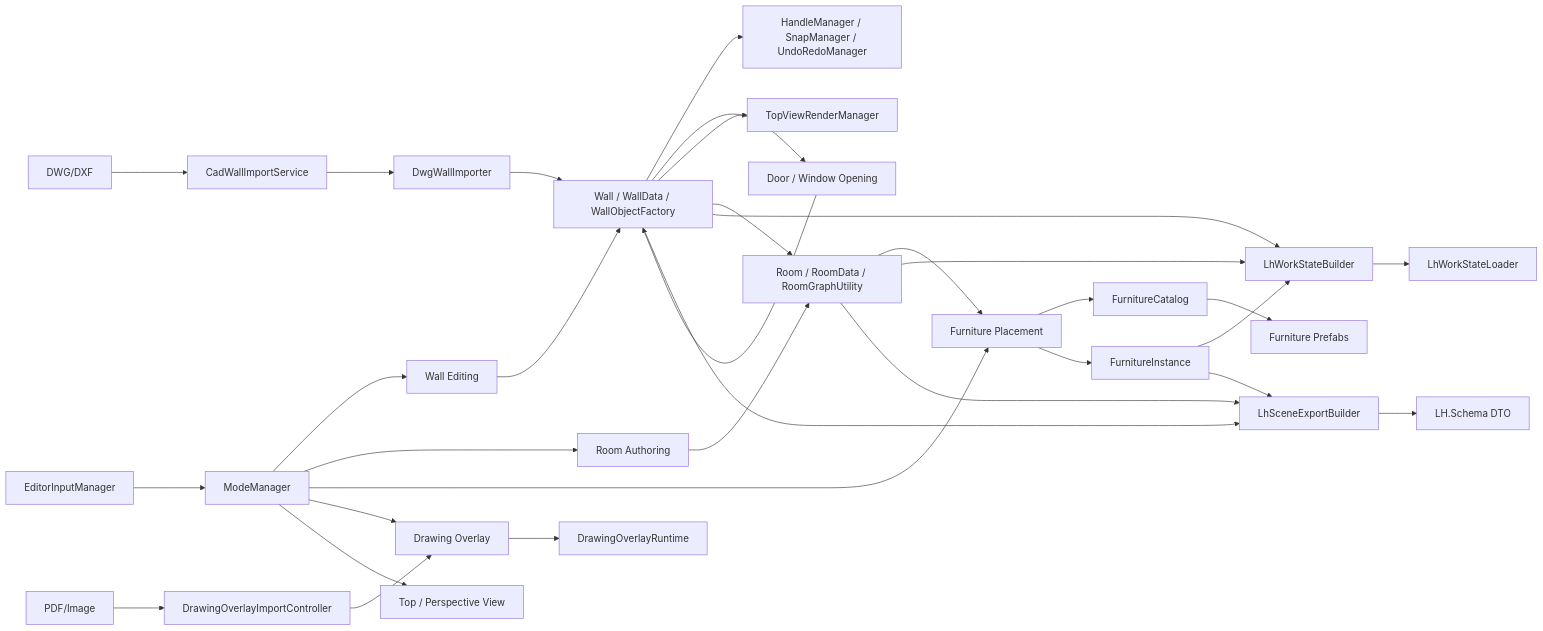
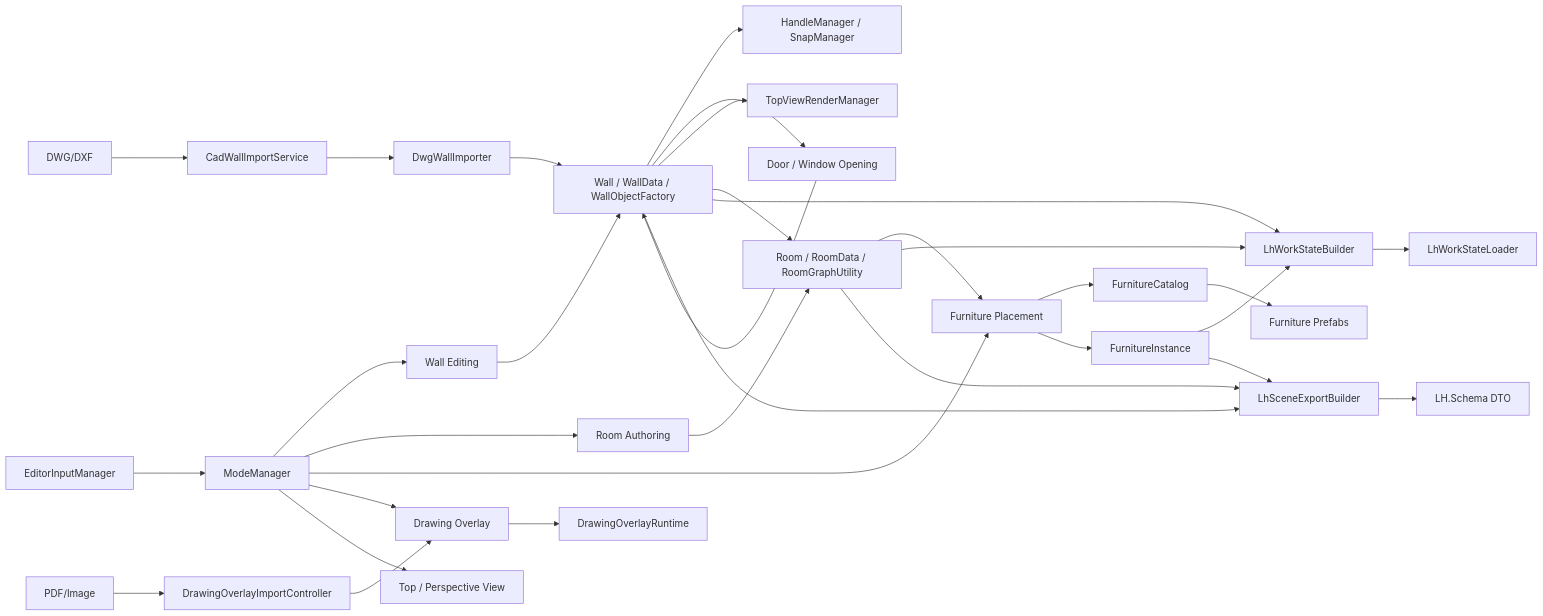
One commit to ImperetilliDeus/LH-Editor-Refactoring changed the second of 2 diagrams in docs/architecture.md. Above: the diagram before and after it, drawn with Mermaid. The commit also changed other lines of this file and 62 other files, not shown here.

First line of the commit message:
Remove dead Undo/Redo plumbing

````diff
--- a/docs/architecture.md
+++ b/docs/architecture.md
@@ -46,41 +46,41 @@
 ```mermaid
 flowchart LR
     Input["EditorInputManager"] --> Mode["ModeManager"]
     Mode --> WallEdit["Wall Editing"]
     Mode --> RoomEdit["Room Authoring"]
     Mode --> FurnitureEdit["Furniture Placement"]
     Mode --> OverlayEdit["Drawing Overlay"]
     Mode --> ViewMode["Top / Perspective View"]
 
     WallEdit --> WallCore["Wall / WallData / WallObjectFactory"]
-    WallCore --> HandleSnapUndo["HandleManager / SnapManager / UndoRedoManager"]
+    WallCore --> HandleSnapUndo["HandleManager / SnapManager"]
     WallCore --> Opening["Door / Window Opening"]
     WallCore --> TopView["TopViewRenderManager"]
 
     RoomEdit --> RoomCore["Room / RoomData / RoomGraphUtility"]
     WallCore --> RoomCore
     Opening --> WallCore
 
     FurnitureEdit --> Catalog["FurnitureCatalog"]
     Catalog --> Prefabs["Furniture Prefabs"]
     FurnitureEdit --> FurnitureInstance["FurnitureInstance"]
     RoomCore --> FurnitureEdit
 
     Dwg["DWG/DXF"] --> CadImport["CadWallImportService"]
     CadImport --> DwgImporter["DwgWallImporter"]
     DwgImporter --> WallCore
 
     Drawing["PDF/Image"] --> OverlayImport["DrawingOverlayImportController"]
     OverlayImport --> OverlayEdit
     OverlayEdit --> OverlayRuntime["DrawingOverlayRuntime"]
 
     WallCore --> WorkState["LhWorkStateBuilder"]
     RoomCore --> WorkState
     FurnitureInstance --> WorkState
     WorkState --> Loader["LhWorkStateLoader"]
 
     WallCore --> Export["LhSceneExportBuilder"]
     RoomCore --> Export
     FurnitureInstance --> Export
     Export --> Schema["LH.Schema DTO"]
 ```
````
